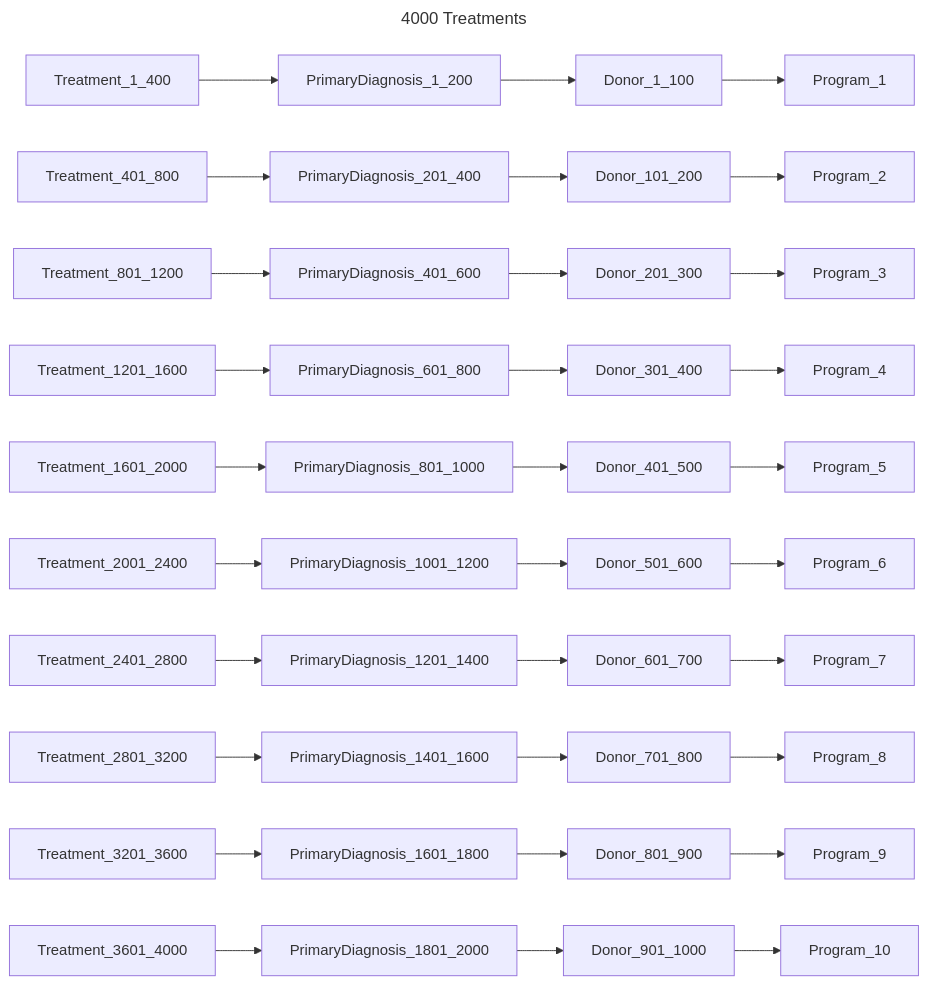
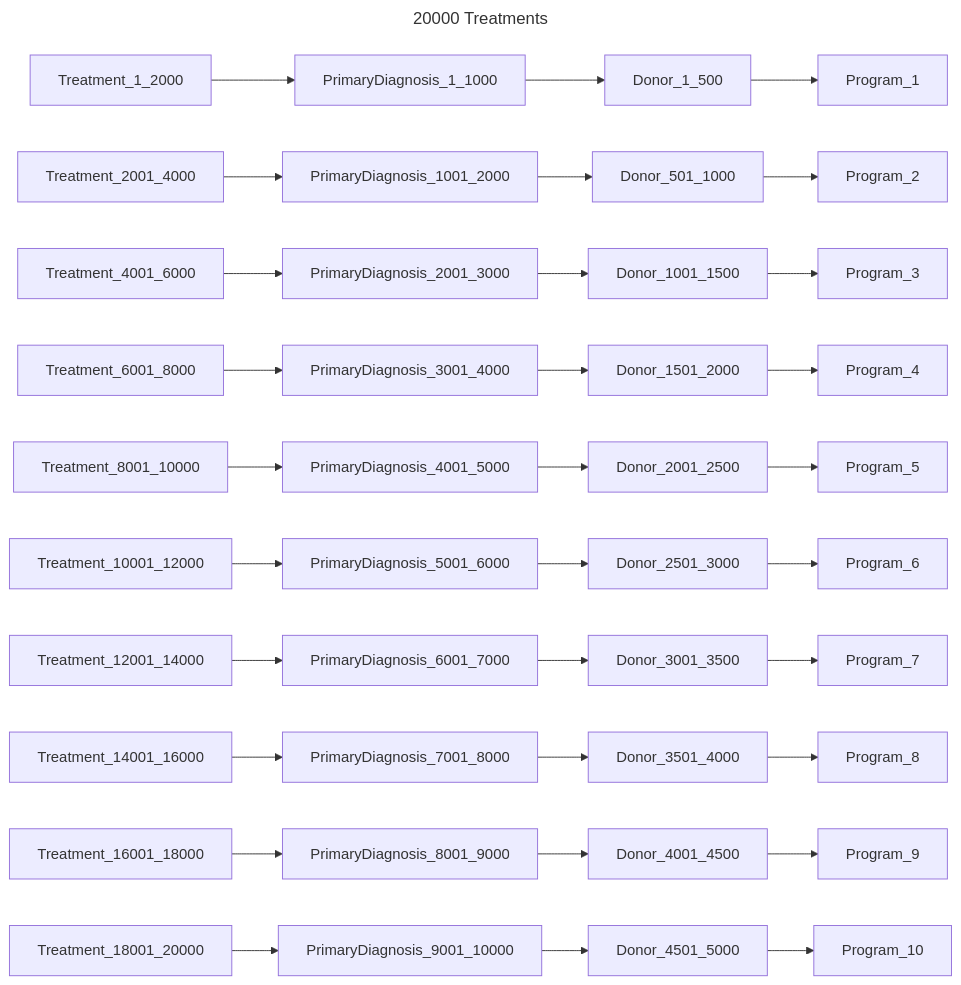
One commit to bento-platform/katsu changed the fifth of 14 diagrams in chord_metadata_service/mohpackets/data/large_dataset/README.md. Above: the diagram before and after it, drawn with Mermaid. The commit also changed other lines of this file, not shown here.

````diff
--- a/chord_metadata_service/mohpackets/data/large_dataset/README.md
+++ b/chord_metadata_service/mohpackets/data/large_dataset/README.md
@@ -83,16 +83,17 @@
 ```mermaid
 ---
-title: 4000 Treatments
+title: 20000 Treatments
 ---
 graph LR;  
-  Treatment_1_400 --> PrimaryDiagnosis_1_200 --> Donor_1_100 --> Program_1;
-  Treatment_401_800 --> PrimaryDiagnosis_201_400 --> Donor_101_200 --> Program_2;  
-  Treatment_801_1200 --> PrimaryDiagnosis_401_600 --> Donor_201_300 --> Program_3;  
-  Treatment_1201_1600 --> PrimaryDiagnosis_601_800 --> Donor_301_400 --> Program_4;  
-  Treatment_1601_2000 --> PrimaryDiagnosis_801_1000 --> Donor_401_500 --> Program_5;  
-  Treatment_2001_2400 --> PrimaryDiagnosis_1001_1200 --> Donor_501_600 --> Program_6;  
-  Treatment_2401_2800 --> PrimaryDiagnosis_1201_1400 --> Donor_601_700 --> Program_7;  
-  Treatment_2801_3200 --> PrimaryDiagnosis_1401_1600 --> Donor_701_800 --> Program_8;  
-  Treatment_3201_3600 --> PrimaryDiagnosis_1601_1800 --> Donor_801_900 --> Program_9;
-  Treatment_3601_4000 --> PrimaryDiagnosis_1801_2000 --> Donor_901_1000 --> Program_10;  
+  Treatment_1_2000 --> PrimaryDiagnosis_1_1000 --> Donor_1_500 --> Program_1;
+  Treatment_2001_4000 --> PrimaryDiagnosis_1001_2000 --> Donor_501_1000 --> Program_2;
+  Treatment_4001_6000 --> PrimaryDiagnosis_2001_3000 --> Donor_1001_1500 --> Program_3;
+  Treatment_6001_8000 --> PrimaryDiagnosis_3001_4000 --> Donor_1501_2000 --> Program_4;
+  Treatment_8001_10000 --> PrimaryDiagnosis_4001_5000 --> Donor_2001_2500 --> Program_5;
+  Treatment_10001_12000 --> PrimaryDiagnosis_5001_6000 --> Donor_2501_3000 --> Program_6;
+  Treatment_12001_14000 --> PrimaryDiagnosis_6001_7000 --> Donor_3001_3500 --> Program_7;
+  Treatment_14001_16000 --> PrimaryDiagnosis_7001_8000 --> Donor_3501_4000 --> Program_8;
+  Treatment_16001_18000 --> PrimaryDiagnosis_8001_9000 --> Donor_4001_4500 --> Program_9;
+  Treatment_18001_20000 --> PrimaryDiagnosis_9001_10000 --> Donor_4501_5000 --> Program_10;
+
 ```
````
